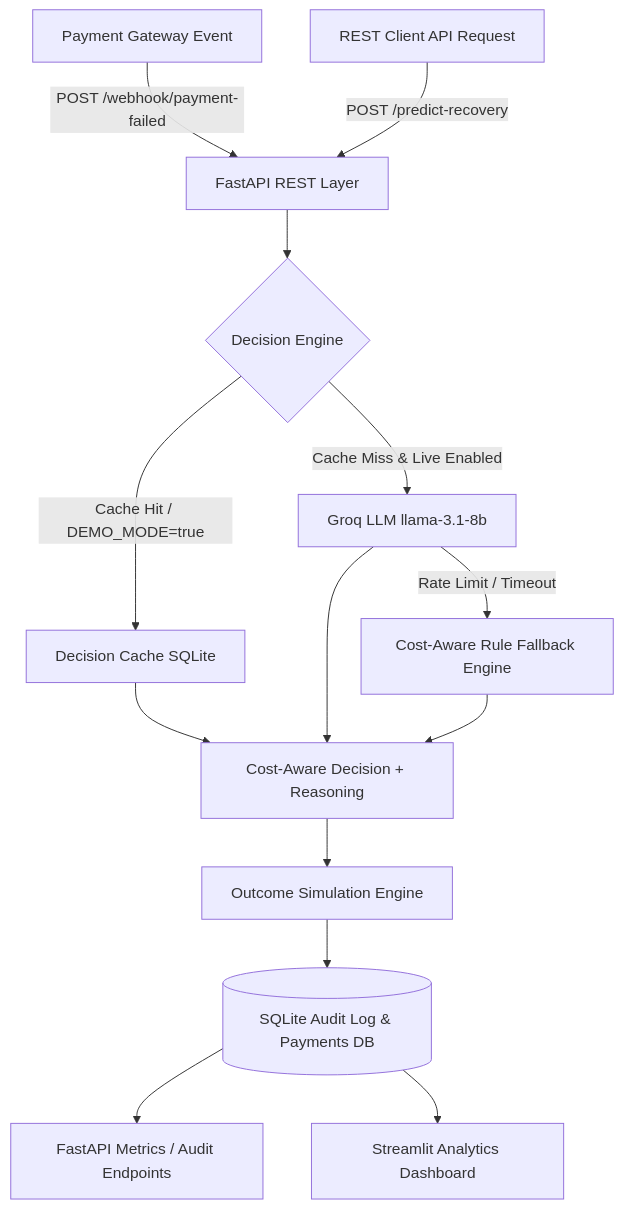
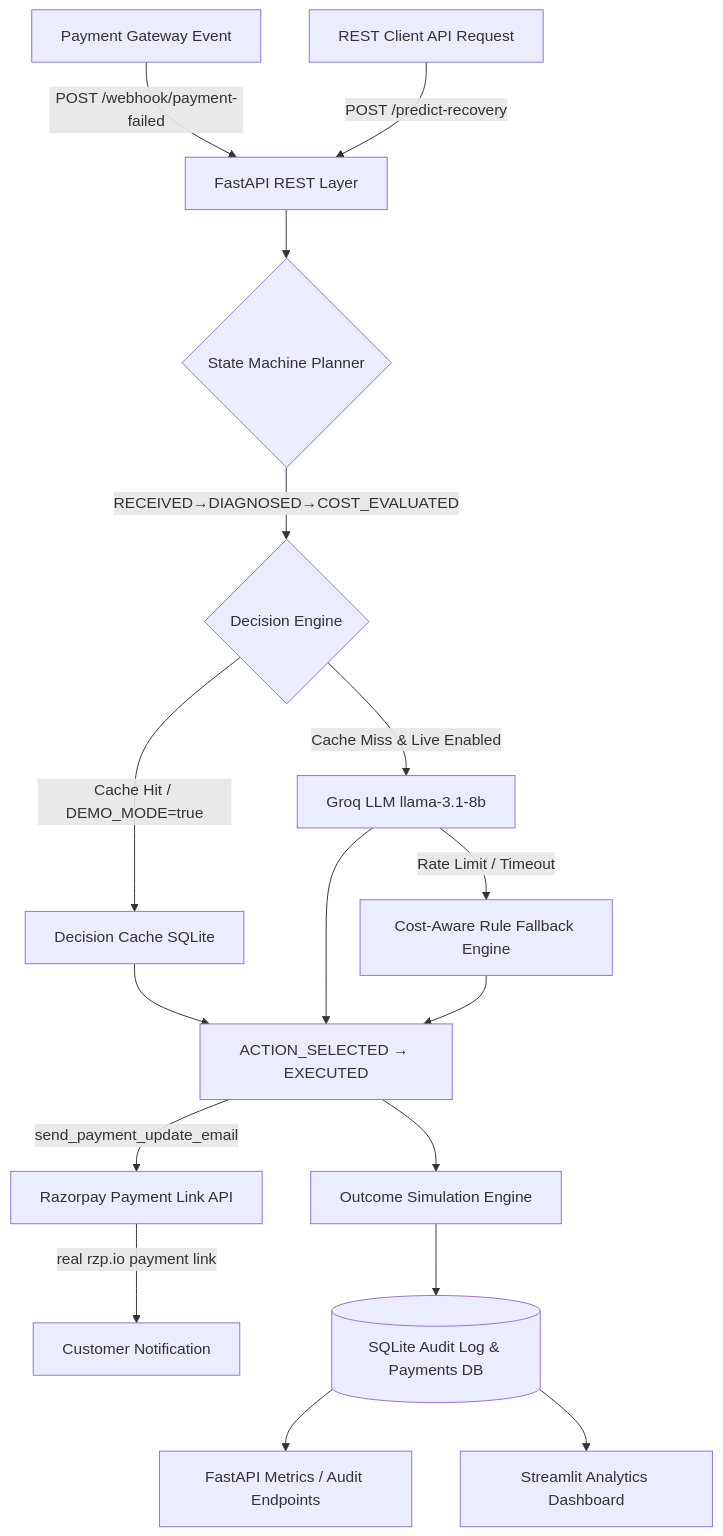
One commit to suvetha-developer/ai-revenue-recovery-agent changed the diagram in README.md. Above: the diagram before and after it, drawn with Mermaid. The commit also changed other lines of this file and 11 other files, not shown here.

Commit message:
Add Razorpay test-mode integration, agent orchestration states, operational KPIs, and demo visuals

````diff
--- a/README.md
+++ b/README.md
@@ -26,20 +29,24 @@
 ```mermaid
 flowchart TD
     A[Payment Gateway Event] -->|POST /webhook/payment-failed| B[FastAPI REST Layer]
     C[REST Client API Request] -->|POST /predict-recovery| B
-    
-    B --> D{Decision Engine}
-    D -->|Cache Hit / DEMO_MODE=true| E[Decision Cache SQLite]
-    D -->|Cache Miss & Live Enabled| F[Groq LLM llama-3.1-8b]
-    F -->|Rate Limit / Timeout| G[Cost-Aware Rule Fallback Engine]
-    
-    E --> H[Cost-Aware Decision + Reasoning]
-    F --> H
-    G --> H
-    
-    H --> I[Outcome Simulation Engine]
-    I --> J[(SQLite Audit Log & Payments DB)]
-    
-    J --> K[FastAPI Metrics / Audit Endpoints]
-    J --> L[Streamlit Analytics Dashboard]
+
+    B --> D{State Machine Planner}
+    D -->|RECEIVED→DIAGNOSED→COST_EVALUATED| E{Decision Engine}
+    E -->|Cache Hit / DEMO_MODE=true| F[Decision Cache SQLite]
+    E -->|Cache Miss & Live Enabled| G[Groq LLM llama-3.1-8b]
+    G -->|Rate Limit / Timeout| H[Cost-Aware Rule Fallback Engine]
+
+    F --> I[ACTION_SELECTED → EXECUTED]
+    G --> I
+    H --> I
+
+    I -->|send_payment_update_email| J[Razorpay Payment Link API]
+    J -->|real rzp.io payment link| K[Customer Notification]
+
+    I --> L[Outcome Simulation Engine]
+    L --> M[(SQLite Audit Log & Payments DB)]
+
+    M --> N[FastAPI Metrics / Audit Endpoints]
+    M --> O[Streamlit Analytics Dashboard]
 ```
````
